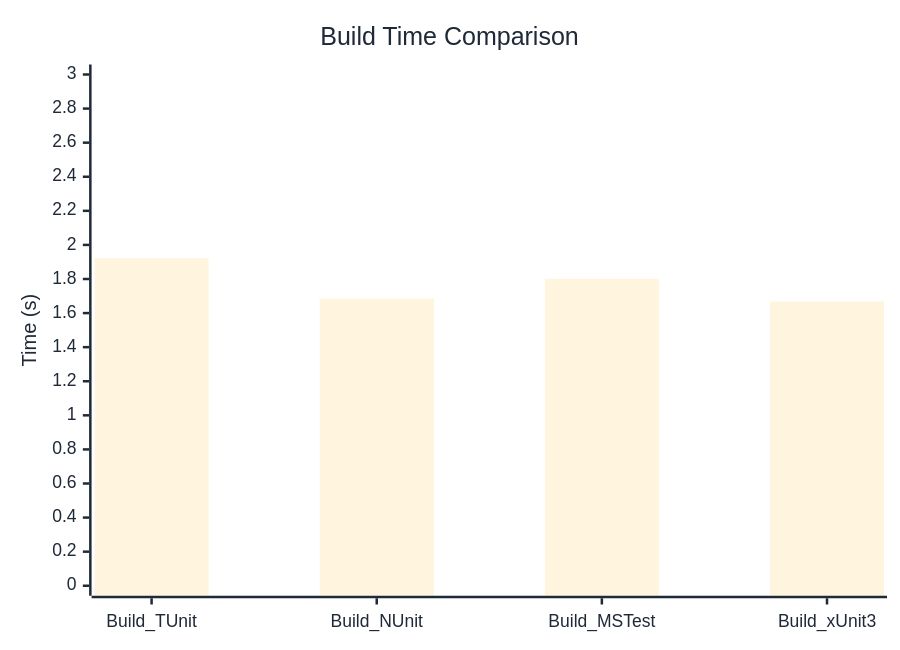
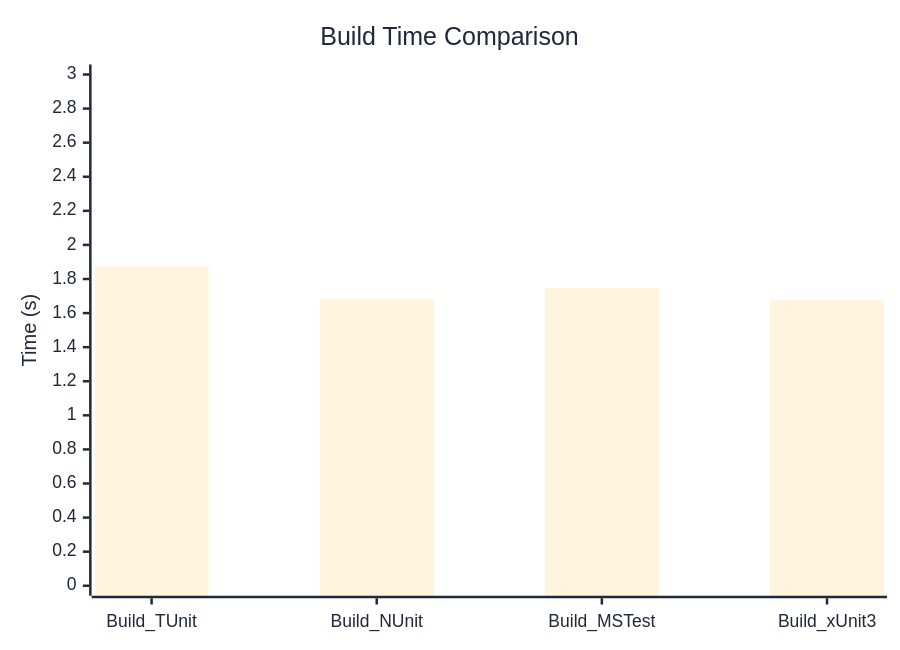
The diagram in docs/docs/benchmarks/BuildTime.md (thomhurst/TUnit), drawn with Mermaid before and after one commit. The commit also changed other lines of this file and 17 other files, not shown here.

````diff
--- a/docs/docs/benchmarks/BuildTime.md
+++ b/docs/docs/benchmarks/BuildTime.md
@@ -28,37 +28,37 @@
 ```mermaid
 %%{init: {
   'theme':'base',
   'themeVariables': {
     'primaryColor': '#2563eb',
     'primaryTextColor': '#1f2937',
     'primaryBorderColor': '#1e40af',
     'lineColor': '#6b7280',
     'secondaryColor': '#7c3aed',
     'tertiaryColor': '#dc2626',
     'background': '#ffffff',
     'mainBkg': '#2563eb',
     'secondBkg': '#7c3aed',
     'tertiaryBkg': '#dc2626',
     'clusterBkg': '#f3f4f6',
     'edgeLabelBackground': '#ffffff',
     'tertiaryTextColor': '#1f2937',
     'pie1': '#2563eb',
     'pie2': '#7c3aed',
     'pie3': '#dc2626',
     'pie4': '#f59e0b',
     'pie5': '#10b981',
     'pie6': '#06b6d4',
     'pie7': '#ec4899',
     'pie8': '#6366f1',
     'pie9': '#84cc16',
     'pie10': '#f97316',
     'pie11': '#14b8a6',
     'pie12': '#a855f7'
   }
 }}%%
 xychart-beta
   title "Build Time Comparison"
   x-axis ["Build_TUnit", "Build_NUnit", "Build_MSTest", "Build_xUnit3"]
   y-axis "Time (s)" 0 --> 3
-  bar [1.922, 1.684, 1.801, 1.667]
+  bar [1.875, 1.684, 1.748, 1.679]
 ```
````
